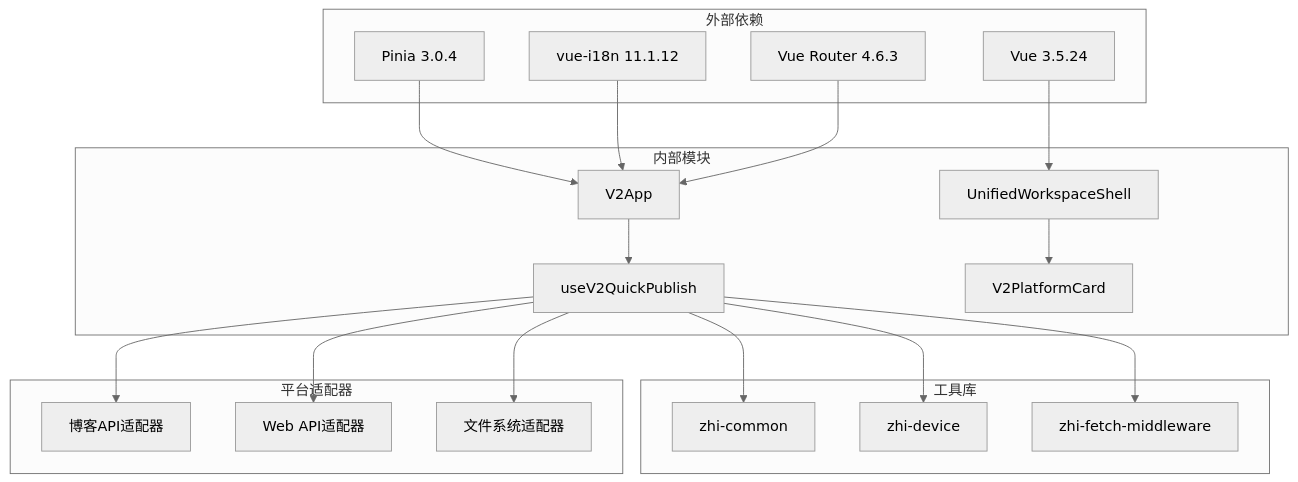
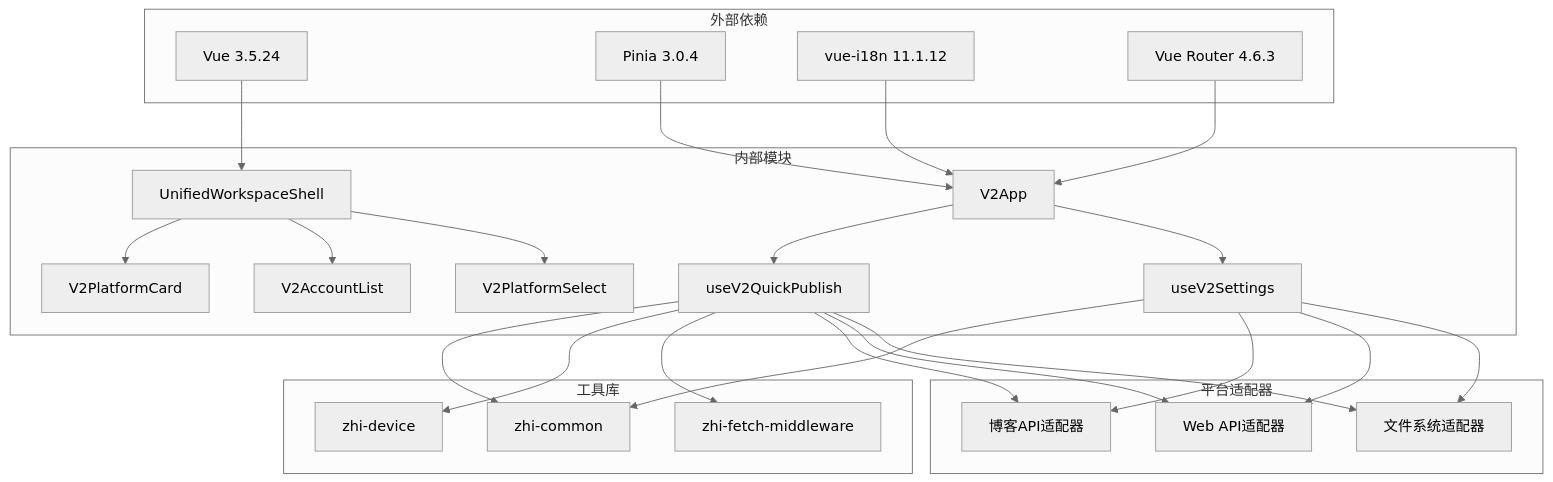
The tenth of 10 diagrams in .qoder/repowiki/zh/content/统一工作壳组件.md (terwer/siyuan-plugin-publisher), drawn with Mermaid (neutral theme) before and after one commit. The commit also changed other lines of this file and 14 other files, not shown here.

````diff
--- a/.qoder/repowiki/zh/content/统一工作壳组件.md
+++ b/.qoder/repowiki/zh/content/统一工作壳组件.md
@@ -306,37 +456,47 @@
 ```mermaid
 graph TD
 subgraph "外部依赖"
 Vue[Vue 3.5.24]
 Pinia[Pinia 3.0.4]
 I18n[vue-i18n 11.1.12]
 Router[Vue Router 4.6.3]
 end
 subgraph "内部模块"
 Shell[UnifiedWorkspaceShell]
 V2App[V2App]
 QuickPublish[useV2QuickPublish]
+Settings[useV2Settings]
 PlatformCard[V2PlatformCard]
+AccountList[V2AccountList]
+PlatformSelect[V2PlatformSelect]
 end
 subgraph "工具库"
 Common[zhi-common]
 Device[zhi-device]
 Fetch[zhi-fetch-middleware]
 end
 subgraph "平台适配器"
 BlogApis[博客API适配器]
 WebApis[Web API适配器]
 FileSystem[文件系统适配器]
 end
 Vue --> Shell
 Pinia --> V2App
 I18n --> V2App
 Router --> V2App
 Shell --> PlatformCard
+Shell --> AccountList
+Shell --> PlatformSelect
 V2App --> QuickPublish
+V2App --> Settings
 QuickPublish --> Common
 QuickPublish --> Device
 QuickPublish --> Fetch
 QuickPublish --> BlogApis
 QuickPublish --> WebApis
 QuickPublish --> FileSystem
+Settings --> Common
+Settings --> BlogApis
+Settings --> WebApis
+Settings --> FileSystem
 ```
````
